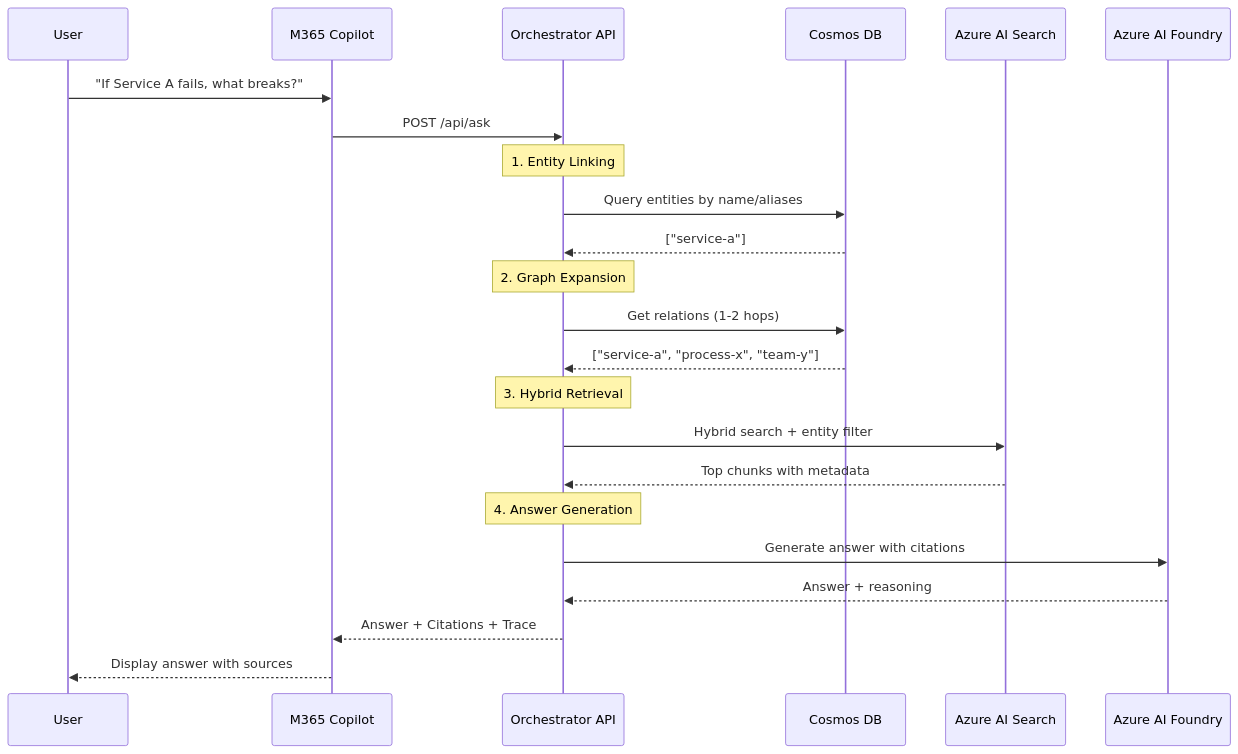
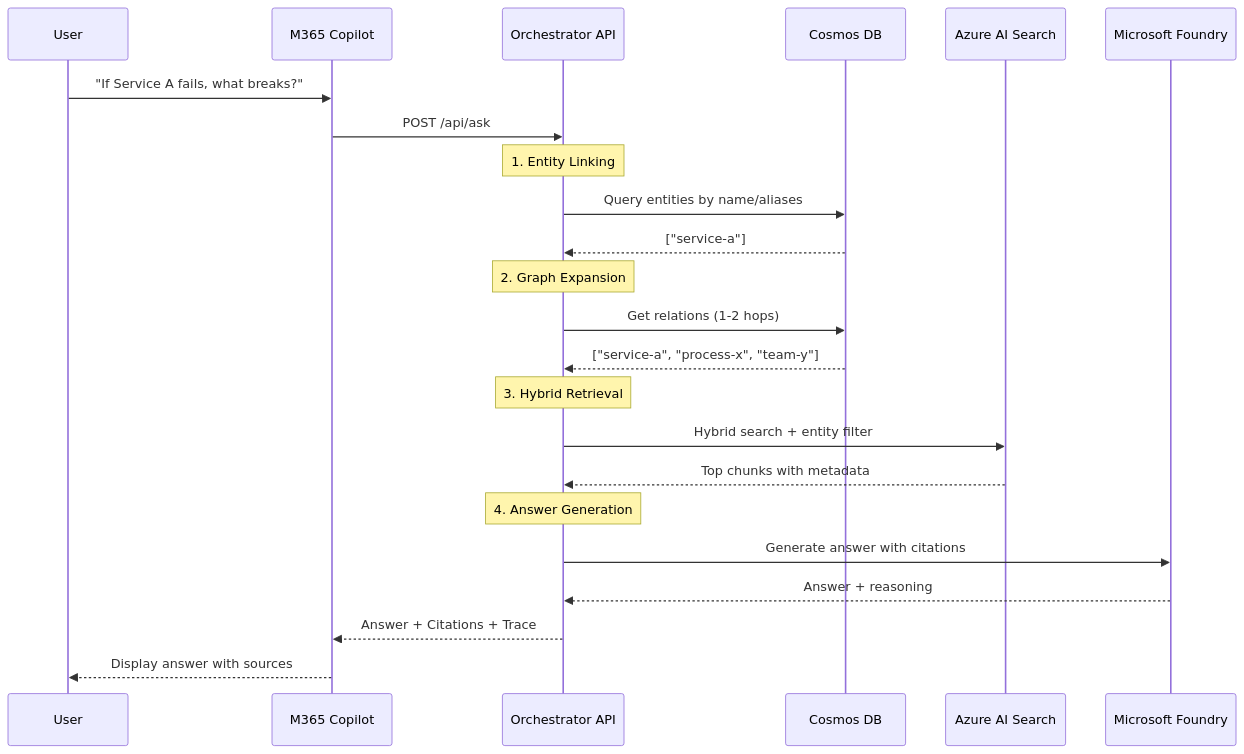
The second of 2 diagrams in README.md (sujithq/microsoft-copilot-demo), drawn with Mermaid before and after one commit. The commit also changed other lines of this file and 12 other files, not shown here.

Commit message:
Rebrand to Microsoft Foundry with hub-project architecture and az cli provisioning

````diff
--- a/README.md
+++ b/README.md
@@ -106,31 +106,31 @@
 ```mermaid
 sequenceDiagram
     participant User
     participant Copilot as M365 Copilot
     participant Orch as Orchestrator API
     participant Cosmos as Cosmos DB
     participant Search as Azure AI Search
-    participant OpenAI as Azure AI Foundry
+    participant Foundry as Microsoft Foundry
 
     User->>Copilot: "If Service A fails, what breaks?"
     Copilot->>Orch: POST /api/ask
     
     Note over Orch: 1. Entity Linking
     Orch->>Cosmos: Query entities by name/aliases
     Cosmos-->>Orch: ["service-a"]
     
     Note over Orch: 2. Graph Expansion
     Orch->>Cosmos: Get relations (1-2 hops)
     Cosmos-->>Orch: ["service-a", "process-x", "team-y"]
     
     Note over Orch: 3. Hybrid Retrieval
     Orch->>Search: Hybrid search + entity filter
     Search-->>Orch: Top chunks with metadata
     
     Note over Orch: 4. Answer Generation
-    Orch->>OpenAI: Generate answer with citations
-    OpenAI-->>Orch: Answer + reasoning
+    Orch->>Foundry: Generate answer with citations
+    Foundry-->>Orch: Answer + reasoning
     
     Orch-->>Copilot: Answer + Citations + Trace
     Copilot-->>User: Display answer with sources
 ```
````
